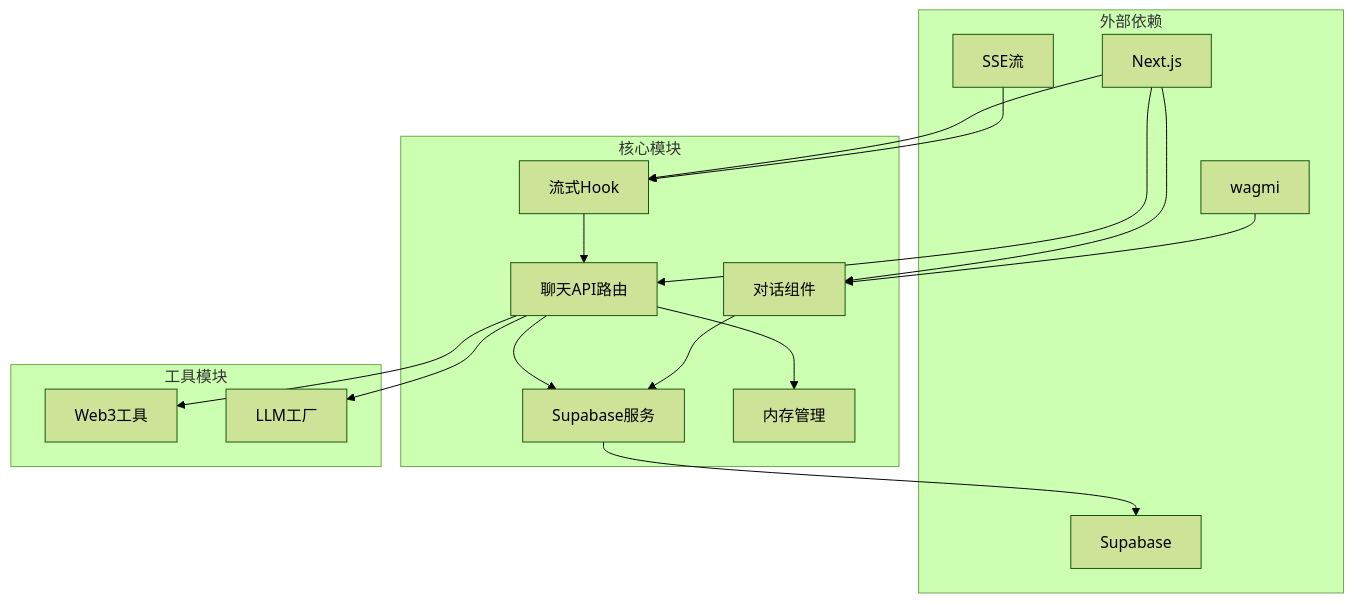
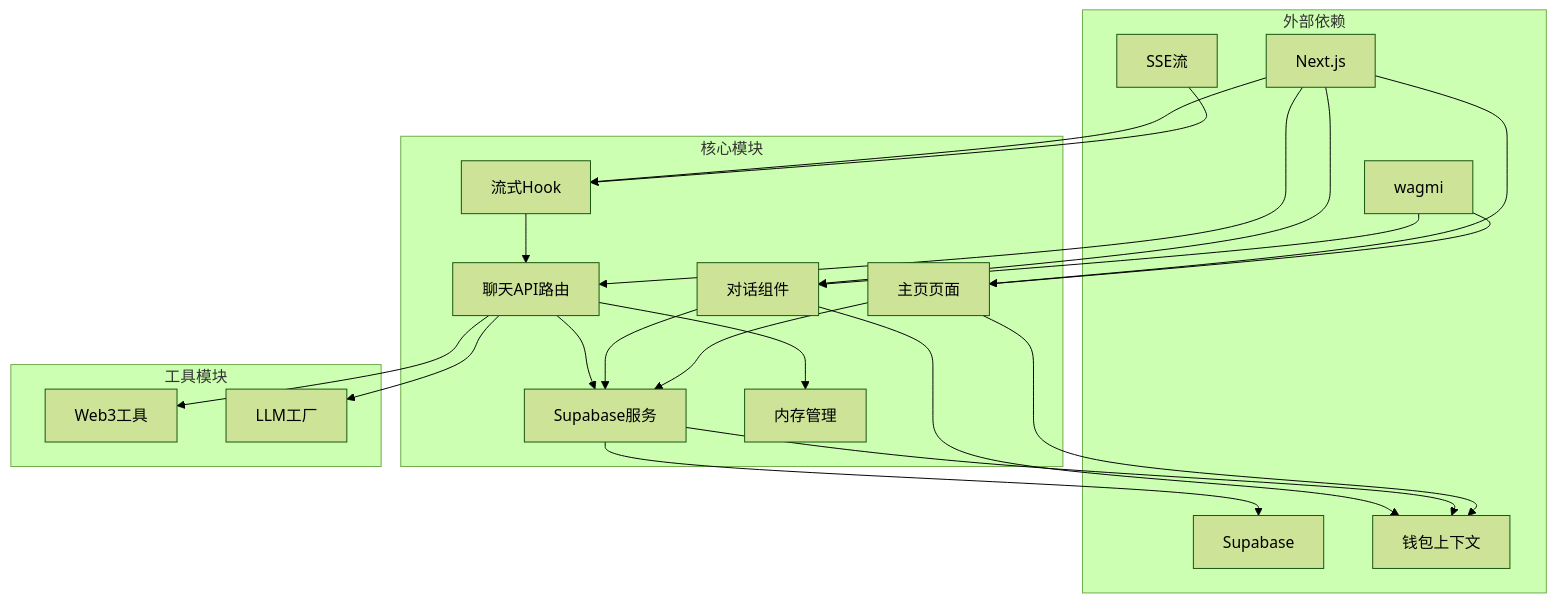
Before and after one commit to CryptoLinxu/Web3-AI-Agent: diagram 12 of 12 in .qoder/repowiki/zh/content/核心技能详解/对话持久化系统.md, drawn with Mermaid (forest theme). The commit also changed other lines of this file and 3 other files, not shown here.

````diff
--- a/.qoder/repowiki/zh/content/核心技能详解/对话持久化系统.md
+++ b/.qoder/repowiki/zh/content/核心技能详解/对话持久化系统.md
@@ -416,32 +491,40 @@
 ```mermaid
 graph TB
 subgraph "外部依赖"
 A[Next.js]
 B[Supabase]
 C[wagmi]
 D[SSE流]
+E[钱包上下文]
 end
 subgraph "核心模块"
-E[聊天API路由]
-F[流式Hook]
-G[对话组件]
-H[Supabase服务]
-I[内存管理]
+F[聊天API路由]
+G[流式Hook]
+H[对话组件]
+I[Supabase服务]
+J[内存管理]
+K[主页页面]
 end
 subgraph "工具模块"
-J[Web3工具]
-K[LLM工厂]
+L[Web3工具]
+M[LLM工厂]
 end
-A --> E
 A --> F
 A --> G
-E --> H
-E --> I
-E --> J
-E --> K
-F --> E
-G --> H
-H --> B
-C --> G
-D --> F
+A --> H
+A --> K
+F --> I
+F --> J
+F --> L
+F --> M
+G --> F
+H --> I
+H --> E
+I --> B
+I --> E
+C --> H
+C --> K
+D --> G
+K --> E
+K --> I
 ```
````
